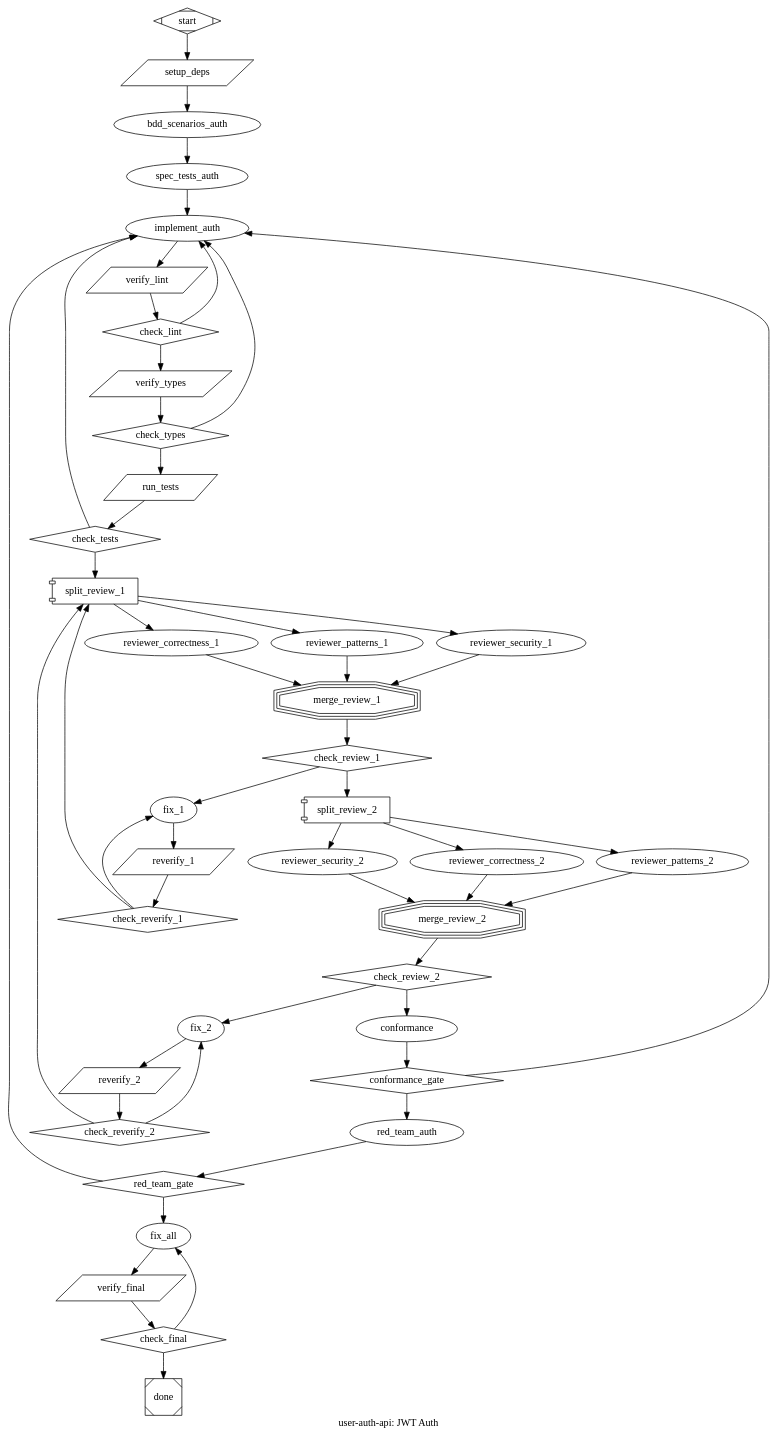
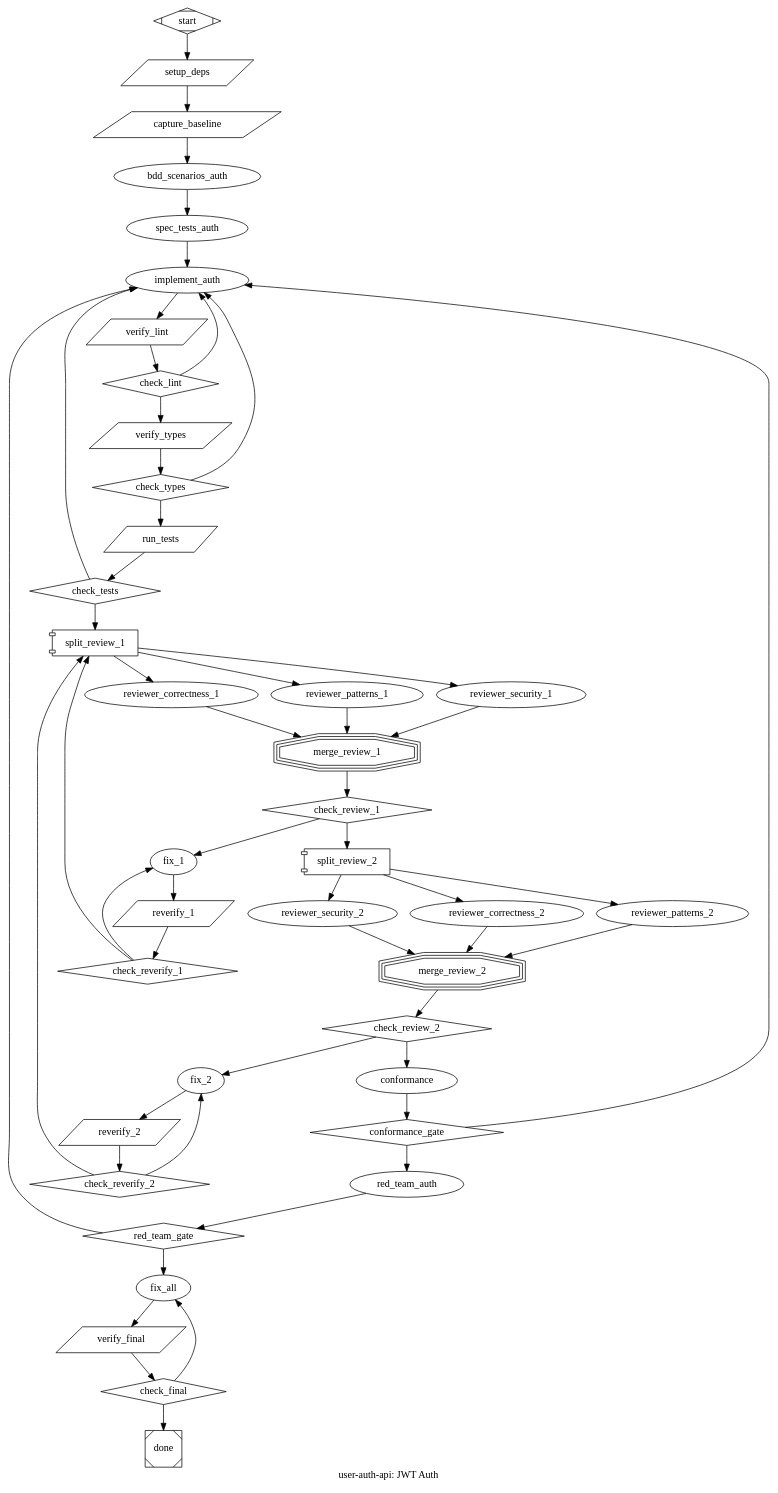
The third of 3 diagrams in .claude/commands/pickle-dot.md (aidesigner/pickle-rick-claude), drawn with Graphviz before and after one commit. The commit also changed other lines of this file and 1 other file, not shown here.

```diff
--- a/.claude/commands/pickle-dot.md
+++ b/.claude/commands/pickle-dot.md
@@ -202,14 +206,15 @@
 
     start [shape=Mdiamond]
     setup_deps [shape=parallelogram, tool_command="cd ${WORKING_DIR} && npm install 2>&1", timeout="120s"]
+    capture_baseline [shape=parallelogram, tool_command="cd ${WORKING_DIR} && echo '=== BASELINE SNAPSHOT ===' && (npx eslint src/ 2>&1 || true) | grep -c 'error' > /tmp/baseline_lint_errors.txt && (npx tsc --noEmit 2>&1 || true) | grep -c 'error TS' > /tmp/baseline_ts_errors.txt && echo \"lint=$(cat /tmp/baseline_lint_errors.txt) ts=$(cat /tmp/baseline_ts_errors.txt)\" 2>&1", timeout="120s"]
 
     bdd_scenarios_auth [class="review", prompt="Read the spec file at $spec_file. For each JWT auth requirement, generate BDD scenarios in Given/When/Then format: token validation (missing, expired, malformed), login flow, refresh rotation, bcrypt hashing, OWASP patterns. Output as executable test descriptions. Do NOT implement — only define the behavioral contracts."]
     spec_tests_auth [class="review", prompt="Read the BDD scenarios from the previous node's output. Write failing test cases that verify each scenario. Run them to confirm they fail. Do NOT write production code.", goal_gate=true, retry_target="spec_tests_auth", max_visits=5]
     implement_auth [goal_gate=true, retry_target="implement_auth", prompt="Make all failing auth tests pass. Do NOT modify test files. JWT middleware + login endpoint. 1h expiry, refresh rotation, bcrypt. OWASP patterns.", allowed_paths="src/auth/*, src/middleware/*, tests/auth/*", escalate_on="package.json, package-lock.json, .env*, prisma/schema.prisma", max_visits=8]
 
-    verify_lint [shape=parallelogram, tool_command="cd ${WORKING_DIR} && npm run lint 2>&1", max_visits=3]
+    verify_lint [shape=parallelogram, tool_command="cd ${WORKING_DIR} && BASELINE=$(cat /tmp/baseline_lint_errors.txt 2>/dev/null || echo 0) && CURRENT=$((npm run lint 2>&1 || true) | grep -c 'error') && echo \"lint baseline=$BASELINE current=$CURRENT\" && [ $CURRENT -le $BASELINE ] || (echo 'LINT REGRESSION' && exit 1)", max_visits=3]
     check_lint [shape=diamond]
-    verify_types [shape=parallelogram, tool_command="cd ${WORKING_DIR} && npx tsc --noEmit 2>&1", max_visits=3]
+    verify_types [shape=parallelogram, tool_command="cd ${WORKING_DIR} && BASELINE=$(cat /tmp/baseline_ts_errors.txt 2>/dev/null || echo 0) && CURRENT=$((npx tsc --noEmit 2>&1 || true) | grep -c 'error TS') && echo \"typecheck baseline=$BASELINE current=$CURRENT\" && [ $CURRENT -le $BASELINE ] || (echo 'TYPECHECK REGRESSION' && exit 1)", max_visits=3]
     check_types [shape=diamond]
     run_tests [shape=parallelogram, tool_command="cd ${WORKING_DIR} && npm test 2>&1", max_visits=3]
     check_tests [shape=diamond]
@@ -252,7 +257,7 @@
     done [shape=Msquare]
 
     // Edges
-    start -> setup_deps -> bdd_scenarios_auth -> spec_tests_auth -> implement_auth
+    start -> setup_deps -> capture_baseline -> bdd_scenarios_auth -> spec_tests_auth -> implement_auth
     implement_auth -> verify_lint -> check_lint
     check_lint -> verify_types [condition="outcome=success", weight=2]
     check_lint -> implement_auth [condition="outcome=fail"]
```
